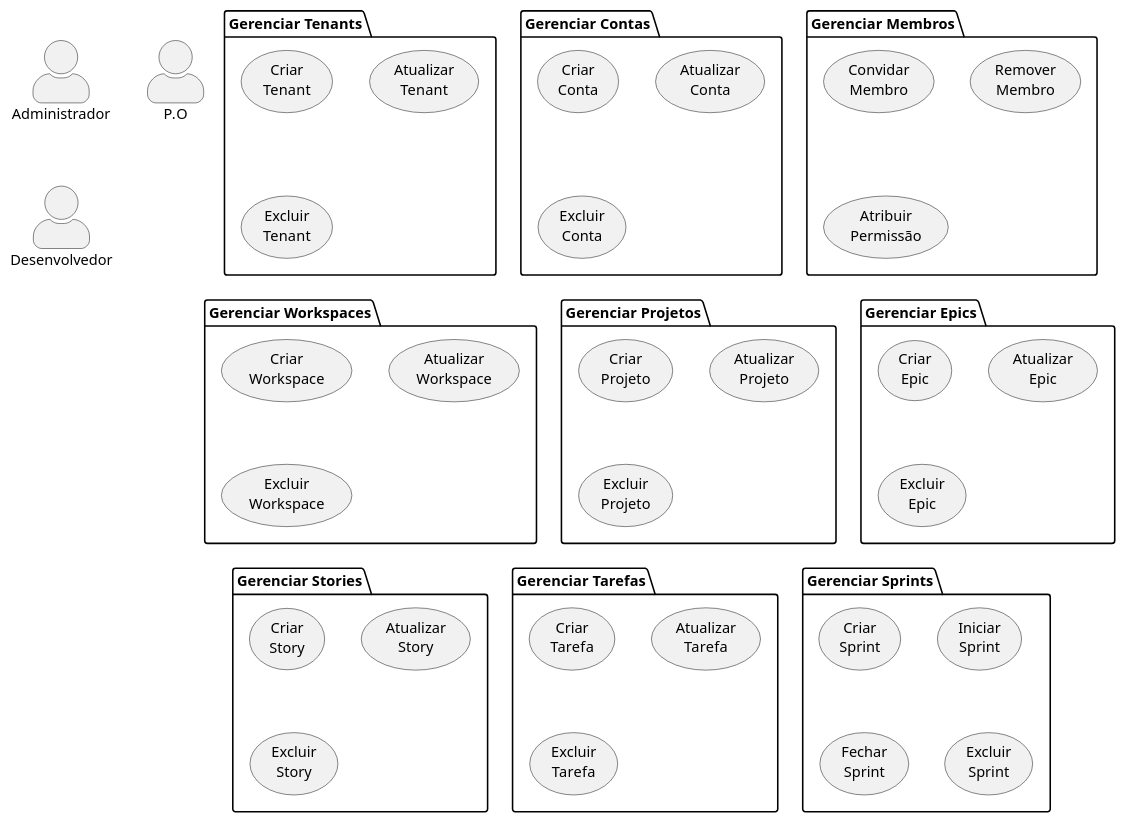
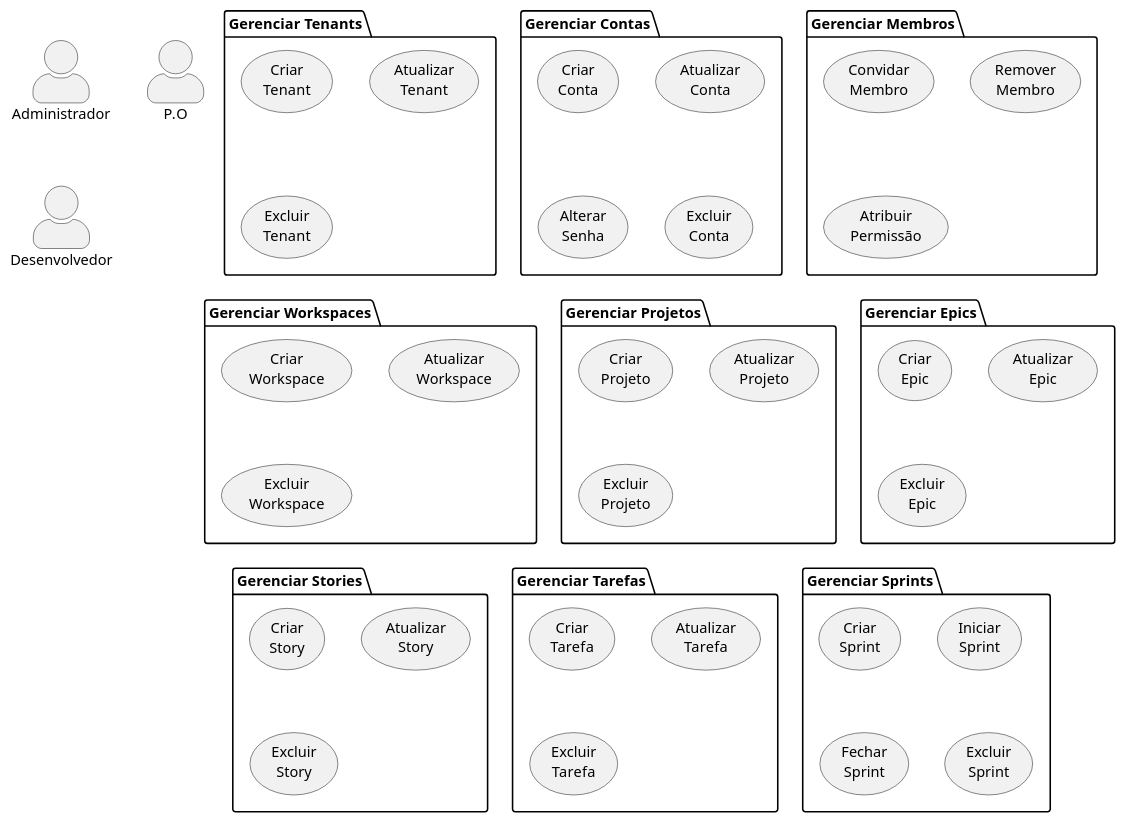
Before and after one commit to jairokoning/sprint_manager_uml: the diagram in use_case.plantuml, drawn with PlantUML.

Commit message:
feat: add use case update password

```diff
--- a/use_case.plantuml
+++ b/use_case.plantuml
@@ -1,68 +1,69 @@
 @startuml ""
 ' http://www.plantuml.com/plantuml/uml/SoWkIImgAStDuUBISCiiAYvHA2rEJKuiJjNaqd3Coo_9I2s2YoWa5YjeX3eRQN91HHH2dOtXR0sVnEAIc3nanQ7E9bnS3gbvAI3p0G00
 skinparam TextAlign center
 skinparam actorStyle awesome
 
 actor Administrador as adm
 actor P.O as po
 actor Desenvolvedor as dev
 
 package "Gerenciar Tenants" {
   usecase "Criar\nTenant" as createTenant
   usecase "Atualizar\nTenant" as updateTenant
   usecase "Excluir\nTenant" as deleteTenant
 }
 
 package "Gerenciar Contas" {
   usecase "Criar\nConta" as createAccount
   usecase "Atualizar\nConta" as updateAccount
+  usecase "Alterar\nSenha" as updatePassword
   usecase "Excluir\nConta" as deleteAccount
 }
 
 package "Gerenciar Membros" {
   usecase "Convidar\nMembro" as inviteMember
   usecase "Remover\nMembro" as removeMember
   usecase "Atribuir\nPermissão" as setPermission
 }
 
 package "Gerenciar Workspaces" {
   usecase "Criar\nWorkspace" as createWorkspace
   usecase "Atualizar\nWorkspace" as updateWorkspace
   usecase "Excluir\nWorkspace" as deleteWorkspace
 }
 
 package "Gerenciar Projetos" {
   usecase "Criar\nProjeto" as createProject
   usecase "Atualizar\nProjeto" as updateProject
   usecase "Excluir\nProjeto" as deleteProject
 }
 
 package "Gerenciar Epics" {
   usecase "Criar\nEpic" as createEpic
   usecase "Atualizar\nEpic" as updateEpic
   usecase "Excluir\nEpic" as deleteEpic
 }
 
 package "Gerenciar Stories" {
   usecase "Criar\nStory" as createStory
   usecase "Atualizar\nStory" as updateStory
   usecase "Excluir\nStory" as deleteStory
 }
 
 package "Gerenciar Tarefas" {
   usecase "Criar\nTarefa" as createTask
   usecase "Atualizar\nTarefa" as updateTask
   usecase "Excluir\nTarefa" as deleteTask
 }
 
 package "Gerenciar Sprints" {
   usecase "Criar\nSprint" as createSprint
   usecase "Iniciar\nSprint" as openSprint
   usecase "Fechar\nSprint" as closeSprint
   usecase "Excluir\nSprint" as deleteSprint
 }
 
 'Quando concluir todas tarefas de um recurso, deve automaticamente concluir o Recurso, e quando concluir todos os recursos de Epic, deve concluir o Epi
 'Criar um grafico de gantt baseado nas tarefas
 
 @enduml
```
